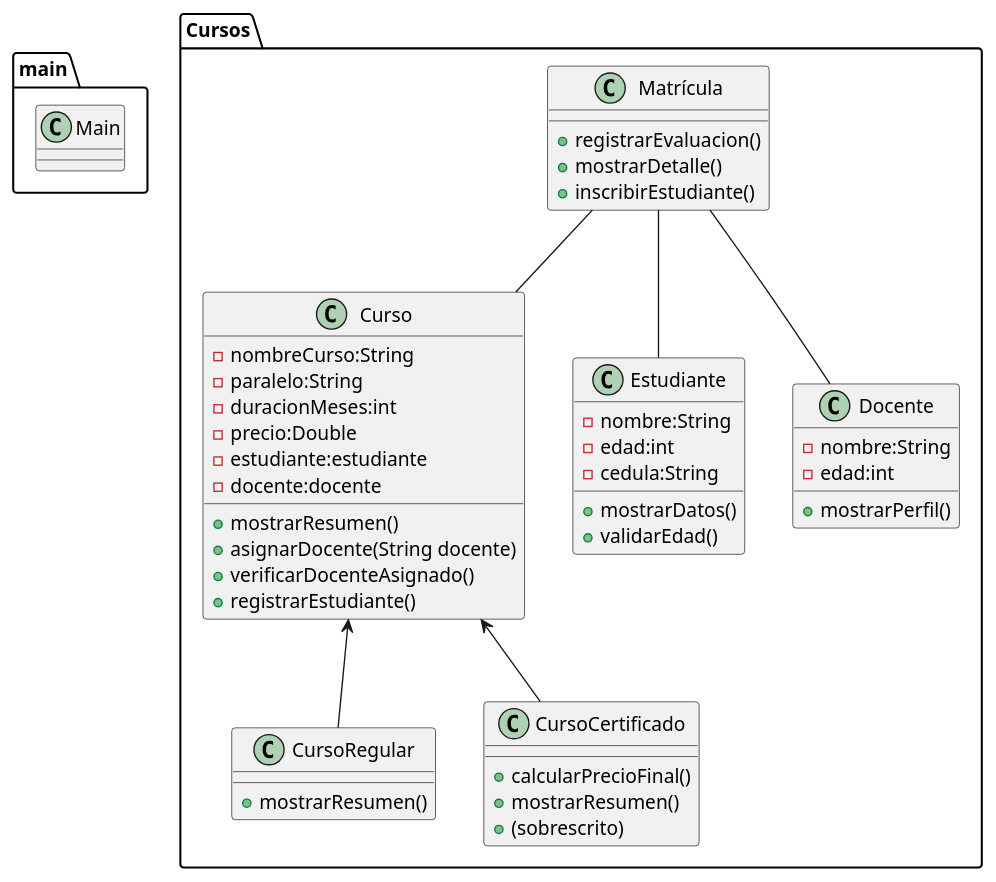
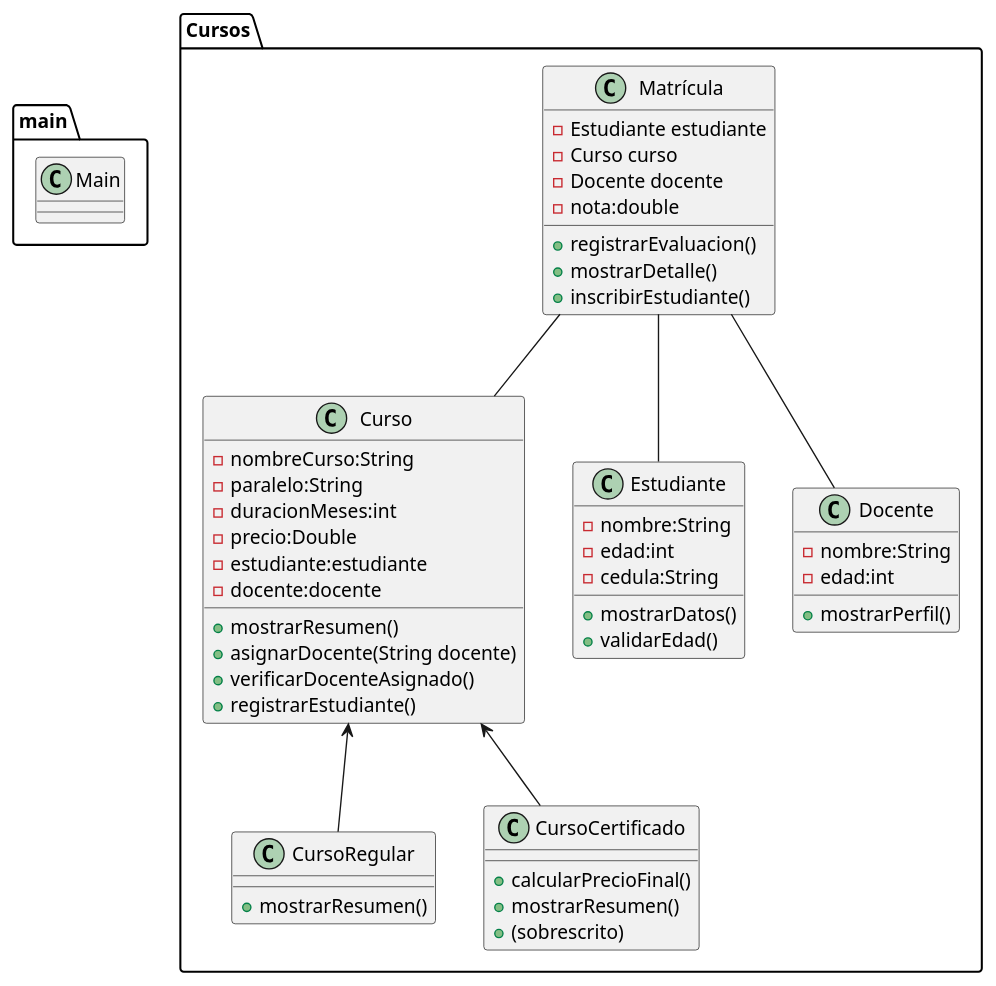
The diagram in src/Examen.puml (Ivanp2003/Examen1Poo), drawn with PlantUML before and after one commit.

Commit message:
Segundo Commit

```diff
--- a/src/Examen.puml
+++ b/src/Examen.puml
@@ -1,62 +1,66 @@
 @startuml
 
 package main{
 class Main{}
 }
 
 
 package Cursos{
 class Matrícula{
+- Estudiante estudiante
+- Curso curso
+- Docente docente
+- nota:double
 + registrarEvaluacion()
 + mostrarDetalle()
 + inscribirEstudiante()
 }
 
 class Curso{
 - nombreCurso:String
 - paralelo:String
 - duracionMeses:int
 - precio:Double
 - estudiante:estudiante
 - docente:docente
 + mostrarResumen()
 + asignarDocente(String docente)
 + verificarDocenteAsignado()
 + registrarEstudiante()
 }
 
 class CursoRegular{
 +mostrarResumen()
 }
 
 class CursoCertificado{
 +calcularPrecioFinal()
 +mostrarResumen()
 +(sobrescrito)
 }
 
 class Estudiante{
 - nombre:String
 - edad:int
 - cedula:String
 + mostrarDatos()
 + validarEdad()
 }
 
 class Docente{
 - nombre:String
 - edad:int
 + mostrarPerfil()
 }
 
 
 }
 Matrícula -- Curso
 Matrícula -- Estudiante
 Matrícula -- Docente
 
 
 Curso <-- CursoRegular
 Curso <-- CursoCertificado
 
 @enduml
```
